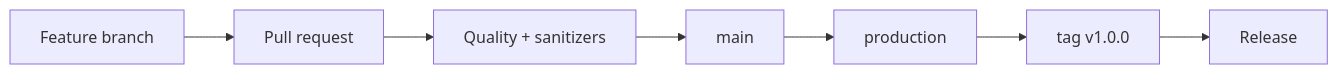
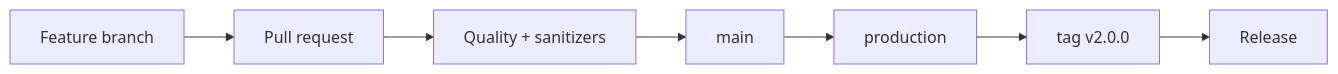
Before and after one commit to SolguardLabs/AetherDTL: the diagram in docs/operations.md, drawn with Mermaid. The commit also changed 16 other files, not shown here.

````diff
--- a/docs/operations.md
+++ b/docs/operations.md
@@ -8,9 +8,9 @@
 ```mermaid
 flowchart LR
     F["Feature branch"] --> PR["Pull request"]
     PR --> CI["Quality + sanitizers"]
     CI --> M["main"]
     M --> P["production"]
-    P --> T["tag v1.0.0"]
+    P --> T["tag v2.0.0"]
     T --> R["Release"]
 ```
````
